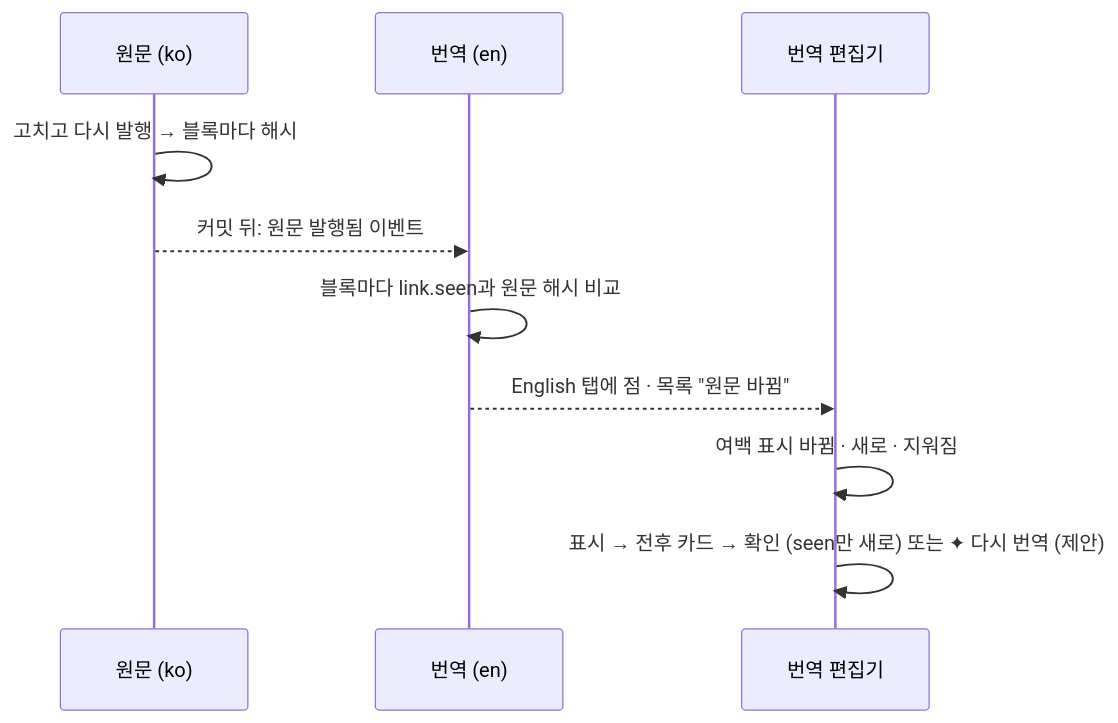
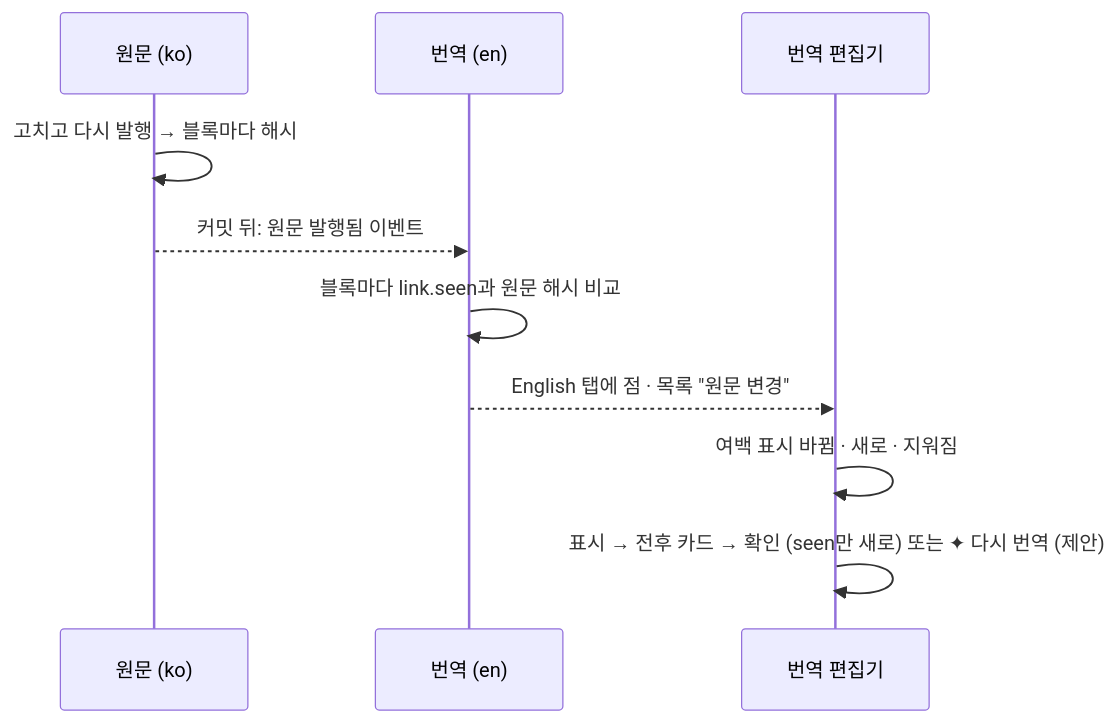
Before and after one commit to monti-cms/monti: the second of 4 diagrams in docs/design/features/04-languages.md, drawn with Mermaid. The commit also changed other lines of this file and 25 other files, not shown here.

````diff
--- a/docs/design/features/04-languages.md
+++ b/docs/design/features/04-languages.md
@@ -73,13 +73,13 @@
 ```mermaid
 sequenceDiagram
   participant S as 원문 (ko)
   participant T as 번역 (en)
   participant E as 번역 편집기
 
   S->>S: 고치고 다시 발행 → 블록마다 해시
   S-->>T: 커밋 뒤: 원문 발행됨 이벤트
   T->>T: 블록마다 link.seen과 원문 해시 비교
-  T-->>E: English 탭에 점 · 목록 "원문 바뀜"
+  T-->>E: English 탭에 점 · 목록 "원문 변경"
   E->>E: 여백 표시 바뀜 · 새로 · 지워짐
   E->>E: 표시 → 전후 카드 → 확인 (seen만 새로) 또는 ✦ 다시 번역 (제안)
 ```
````
